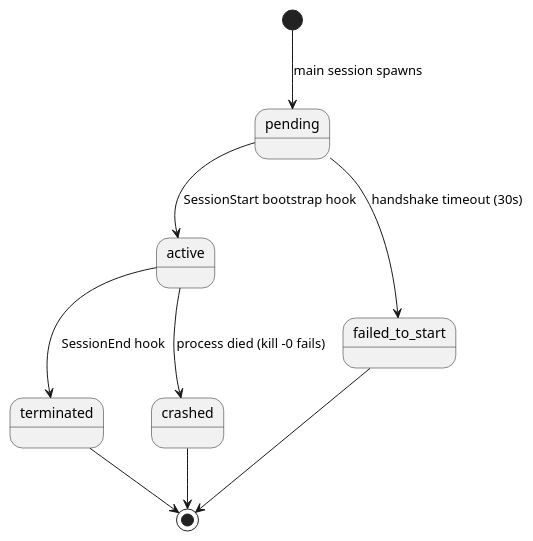
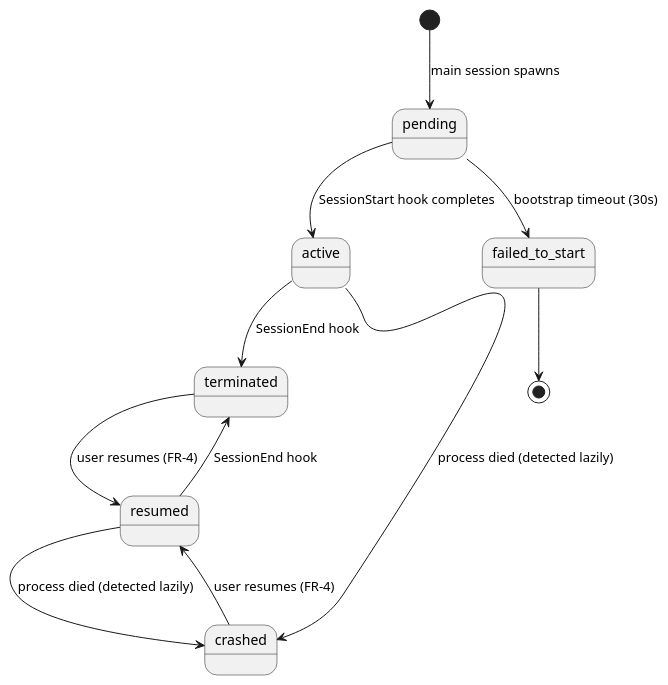
One commit to studykit/studykit-marketplace changed the second of 2 diagrams in A4/co-think/agent-orchestrator.spec.md. Above: the diagram before and after it, drawn with PlantUML. The commit also changed other lines of this file, not shown here.

````diff
--- a/A4/co-think/agent-orchestrator.spec.md
+++ b/A4/co-think/agent-orchestrator.spec.md
@@ -404,12 +402,14 @@
 ```plantuml
 @startuml
 [*] --> pending : main session spawns
-pending --> active : SessionStart bootstrap hook
-pending --> failed_to_start : handshake timeout (30s)
+pending --> active : SessionStart hook completes
+pending --> failed_to_start : bootstrap timeout (30s)
 active --> terminated : SessionEnd hook
-active --> crashed : process died (kill -0 fails)
-terminated --> [*]
-crashed --> [*]
+active --> crashed : process died (detected lazily)
+terminated --> resumed : user resumes (FR-4)
+crashed --> resumed : user resumes (FR-4)
+resumed --> terminated : SessionEnd hook
+resumed --> crashed : process died (detected lazily)
 failed_to_start --> [*]
 @enduml
 ```
````
